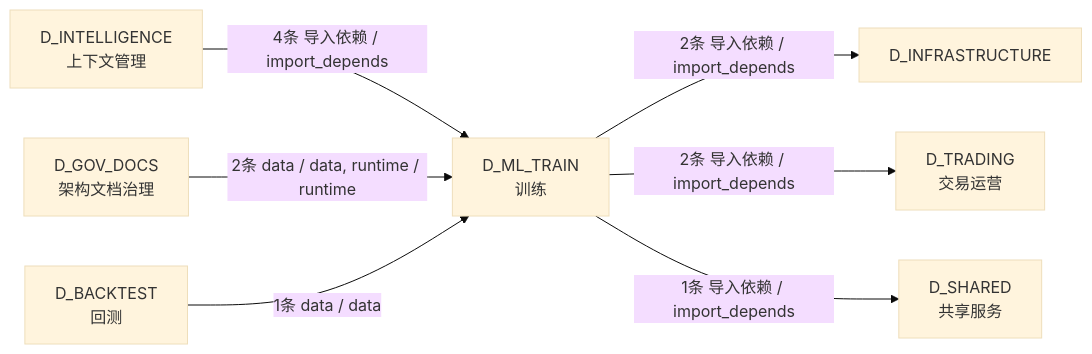
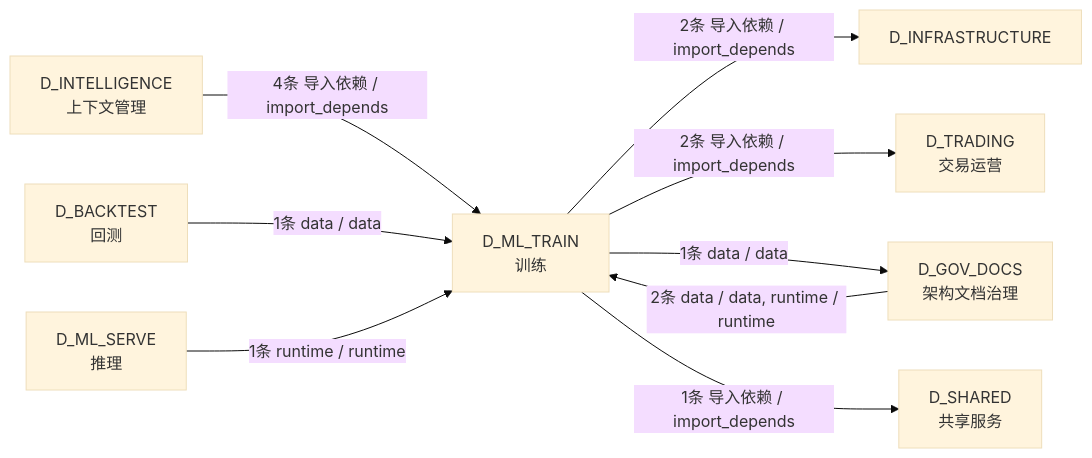
One commit to xuanFelixVan/ZephyrAlpha changed the fourth of 4 diagrams in docs/02_enterprise_architecture/02_domain_architecture_docs/50_d_ml_train.md. Above: the diagram before and after it, drawn with Mermaid (base theme). The commit also changed other lines of this file and 81 other files, not shown here.

````diff
--- a/docs/02_enterprise_architecture/02_domain_architecture_docs/50_d_ml_train.md
+++ b/docs/02_enterprise_architecture/02_domain_architecture_docs/50_d_ml_train.md
@@ -195,16 +205,19 @@
 ```mermaid
 graph LR
     D_ML_TRAIN["D_ML_TRAIN<br/>训练"]
     D_INFRASTRUCTURE["D_INFRASTRUCTURE"]
     D_TRADING["D_TRADING<br/>交易运营"]
+    D_GOV_DOCS["D_GOV_DOCS<br/>架构文档治理"]
     D_SHARED["D_SHARED<br/>共享服务"]
     D_INTELLIGENCE["D_INTELLIGENCE<br/>上下文管理"]
-    D_GOV_DOCS["D_GOV_DOCS<br/>架构文档治理"]
     D_BACKTEST["D_BACKTEST<br/>回测"]
+    D_ML_SERVE["D_ML_SERVE<br/>推理"]
     D_ML_TRAIN -->|2条 导入依赖 / import_depends| D_INFRASTRUCTURE
     D_ML_TRAIN -->|2条 导入依赖 / import_depends| D_TRADING
+    D_ML_TRAIN -->|1条 data / data| D_GOV_DOCS
     D_ML_TRAIN -->|1条 导入依赖 / import_depends| D_SHARED
     D_INTELLIGENCE -->|4条 导入依赖 / import_depends| D_ML_TRAIN
     D_GOV_DOCS -->|2条 data / data, runtime / runtime| D_ML_TRAIN
     D_BACKTEST -->|1条 data / data| D_ML_TRAIN
+    D_ML_SERVE -->|1条 runtime / runtime| D_ML_TRAIN
 ```
````
